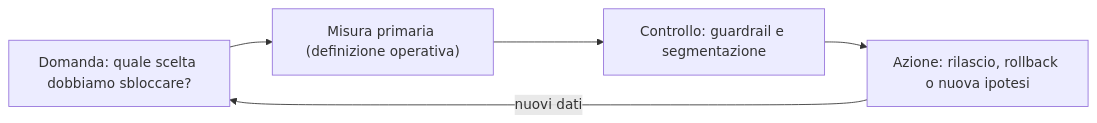
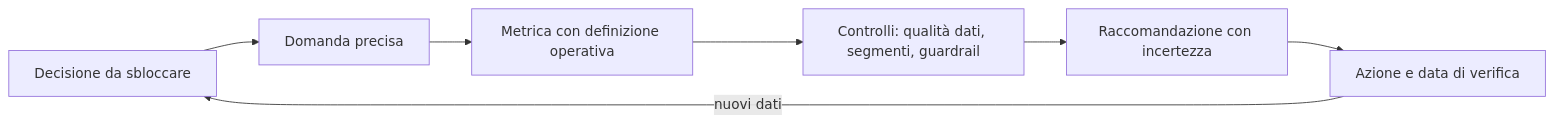
One commit to AndreyBertasini/gynnitech changed the diagram in src/content/corso/analisi-prodotto/introduzione-product-analytics.mdx. Above: the diagram before and after it, drawn with Mermaid. The commit also changed other lines of this file and 2 other files, not shown here.

````diff
--- a/src/content/corso/analisi-prodotto/introduzione-product-analytics.mdx
+++ b/src/content/corso/analisi-prodotto/introduzione-product-analytics.mdx
@@ -42,7 +52,9 @@
 ```mermaid
 flowchart LR
-    A["Domanda: quale scelta dobbiamo sbloccare?"] --> B["Misura primaria (definizione operativa)"]
-    B --> C["Controllo: guardrail e segmentazione"]
-    C --> D["Azione: rilascio, rollback o nuova ipotesi"]
-    D -->|"nuovi dati"| A
+    A["Decisione da sbloccare"] --> B["Domanda precisa"]
+    B --> C["Metrica con definizione operativa"]
+    C --> D["Controlli: qualità dati, segmenti, guardrail"]
+    D --> E["Raccomandazione con incertezza"]
+    E --> F["Azione e data di verifica"]
+    F -->|"nuovi dati"| A
 ```
````
